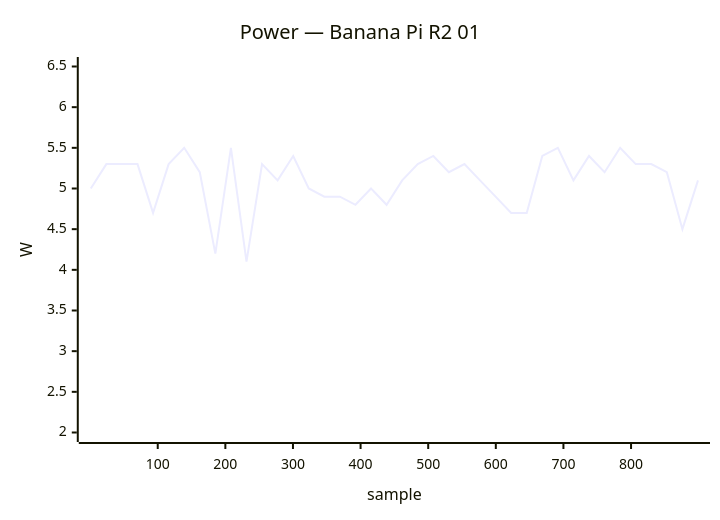
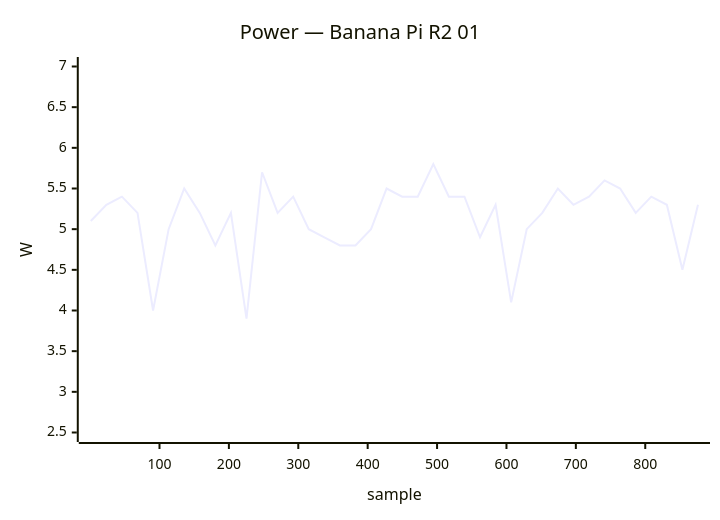
Before and after one commit to armbian/documentation: diagram 13 of 50 in docs/status/board-tests.md, drawn with Mermaid. The commit also changed other lines of this file, not shown here.

````diff
--- a/docs/status/board-tests.md
+++ b/docs/status/board-tests.md
@@ -659,7 +718,7 @@
 ```mermaid
 xychart-beta
     title "Power — Banana Pi R2 01"
-    x-axis "sample" 1 --> 899
-    y-axis "W" 2.0 --> 6.5
-    line [5.0, 5.3, 5.3, 5.3, 4.7, 5.3, 5.5, 5.2, 4.2, 5.5, 4.1, 5.3, 5.1, 5.4, 5.0, 4.9, 4.9, 4.8, 5.0, 4.8, 5.1, 5.3, 5.4, 5.2, 5.3, 5.1, 4.9, 4.7, 4.7, 5.4, 5.5, 5.1, 5.4, 5.2, 5.5, 5.3, 5.3, 5.2, 4.5, 5.1]
+    x-axis "sample" 1 --> 876
+    y-axis "W" 2.5 --> 7.0
+    line [5.1, 5.3, 5.4, 5.2, 4.0, 5.0, 5.5, 5.2, 4.8, 5.2, 3.9, 5.7, 5.2, 5.4, 5.0, 4.9, 4.8, 4.8, 5.0, 5.5, 5.4, 5.4, 5.8, 5.4, 5.4, 4.9, 5.3, 4.1, 5.0, 5.2, 5.5, 5.3, 5.4, 5.6, 5.5, 5.2, 5.4, 5.3, 4.5, 5.3]
 ```
````
